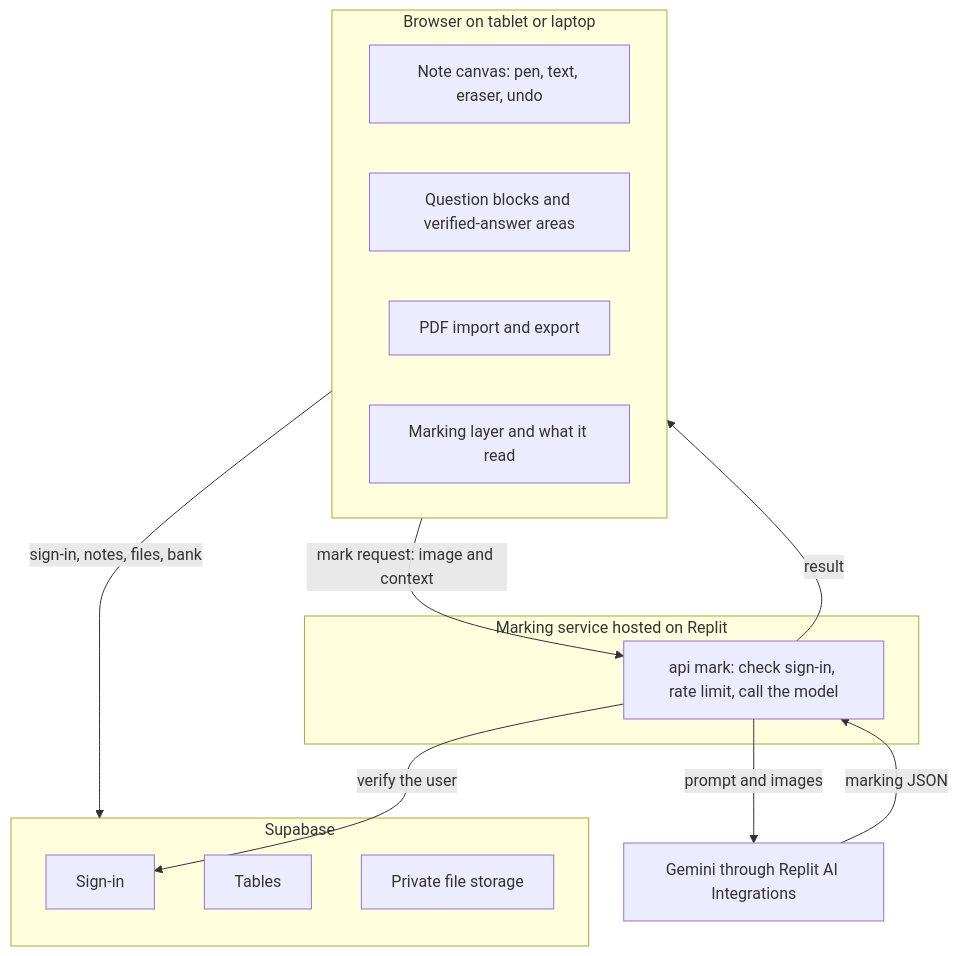
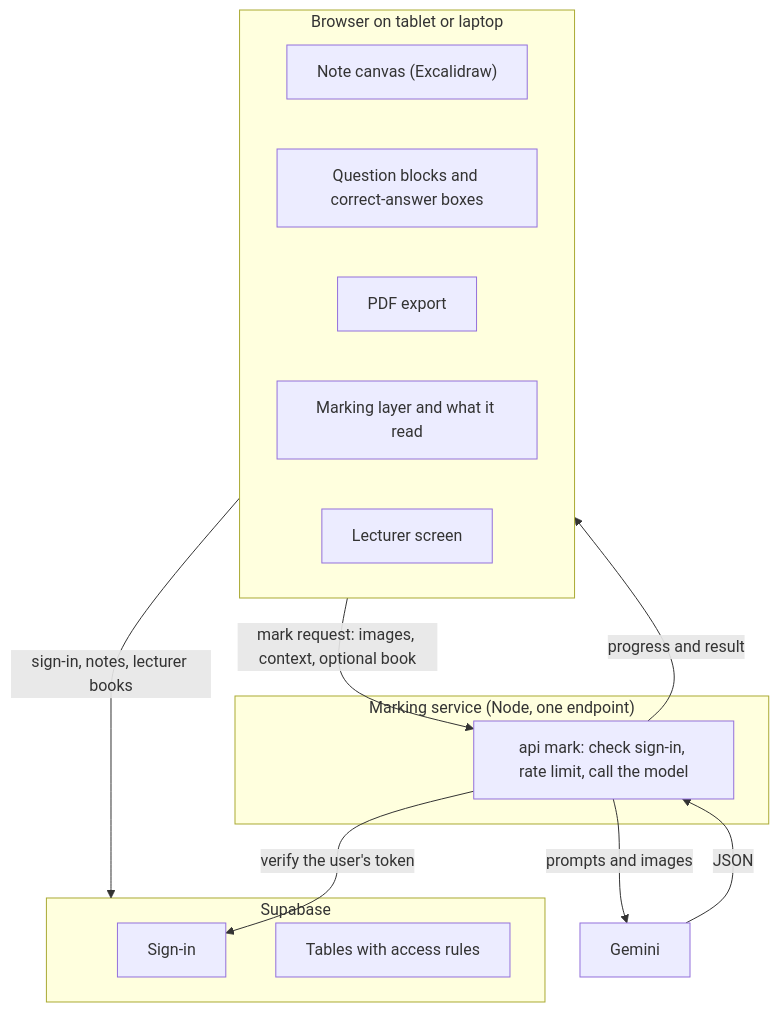
One commit to lloonnn/skrrMath changed the first of 3 diagrams in docs/ARCHITECTURE.md. Above: the diagram before and after it, drawn with Mermaid. The commit also changed other lines of this file and 20 other files, not shown here.

Commit message:
Update docs and setup; one-step install; stop tracking private notes

````diff
--- a/docs/ARCHITECTURE.md
+++ b/docs/ARCHITECTURE.md
@@ -7,24 +7,24 @@
 ```mermaid
 flowchart TB
   subgraph Browser["Browser on tablet or laptop"]
-    Canvas["Note canvas: pen, text, eraser, undo"]
-    Blocks["Question blocks and verified-answer areas"]
-    Pdf["PDF import and export"]
+    Canvas["Note canvas (Excalidraw)"]
+    Blocks["Question blocks and correct-answer boxes"]
+    Export["PDF export"]
     Marks["Marking layer and what it read"]
+    Lect["Lecturer screen"]
   end
   subgraph Supa["Supabase"]
     Auth["Sign-in"]
-    DB["Tables"]
-    Store["Private file storage"]
+    DB["Tables with access rules"]
   end
-  subgraph Server["Marking service hosted on Replit"]
+  subgraph Server["Marking service (Node, one endpoint)"]
     Mark["api mark: check sign-in, rate limit, call the model"]
   end
-  Gemini["Gemini through Replit AI Integrations"]
-  Browser -->|"sign-in, notes, files, bank"| Supa
-  Browser -->|"mark request: image and context"| Mark
-  Mark -->|"verify the user"| Auth
-  Mark -->|"prompt and images"| Gemini
-  Gemini -->|"marking JSON"| Mark
-  Mark -->|"result"| Browser
+  Gemini["Gemini"]
+  Browser -->|"sign-in, notes, lecturer books"| Supa
+  Browser -->|"mark request: images, context, optional book"| Mark
+  Mark -->|"verify the user's token"| Auth
+  Mark -->|"prompts and images"| Gemini
+  Gemini -->|"JSON"| Mark
+  Mark -->|"progress and result"| Browser
 ```
````
